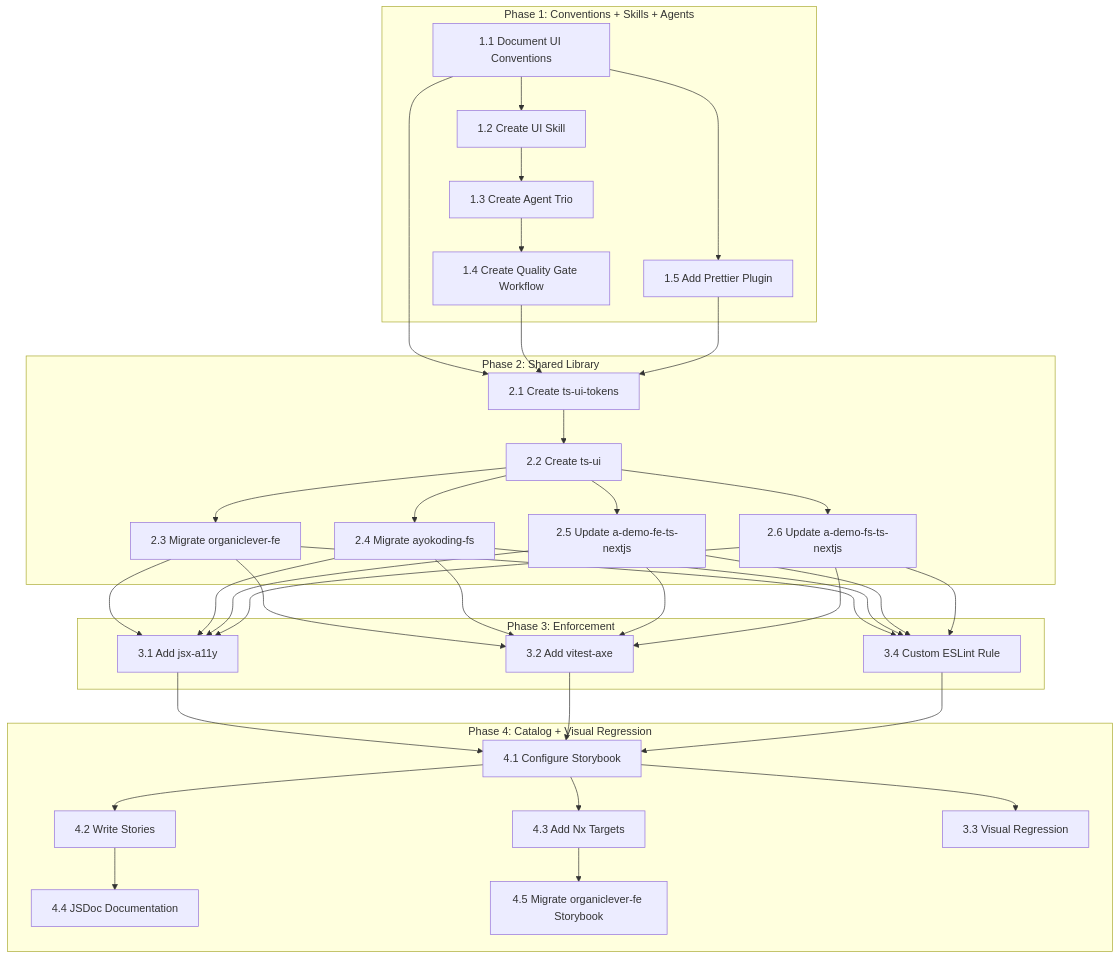
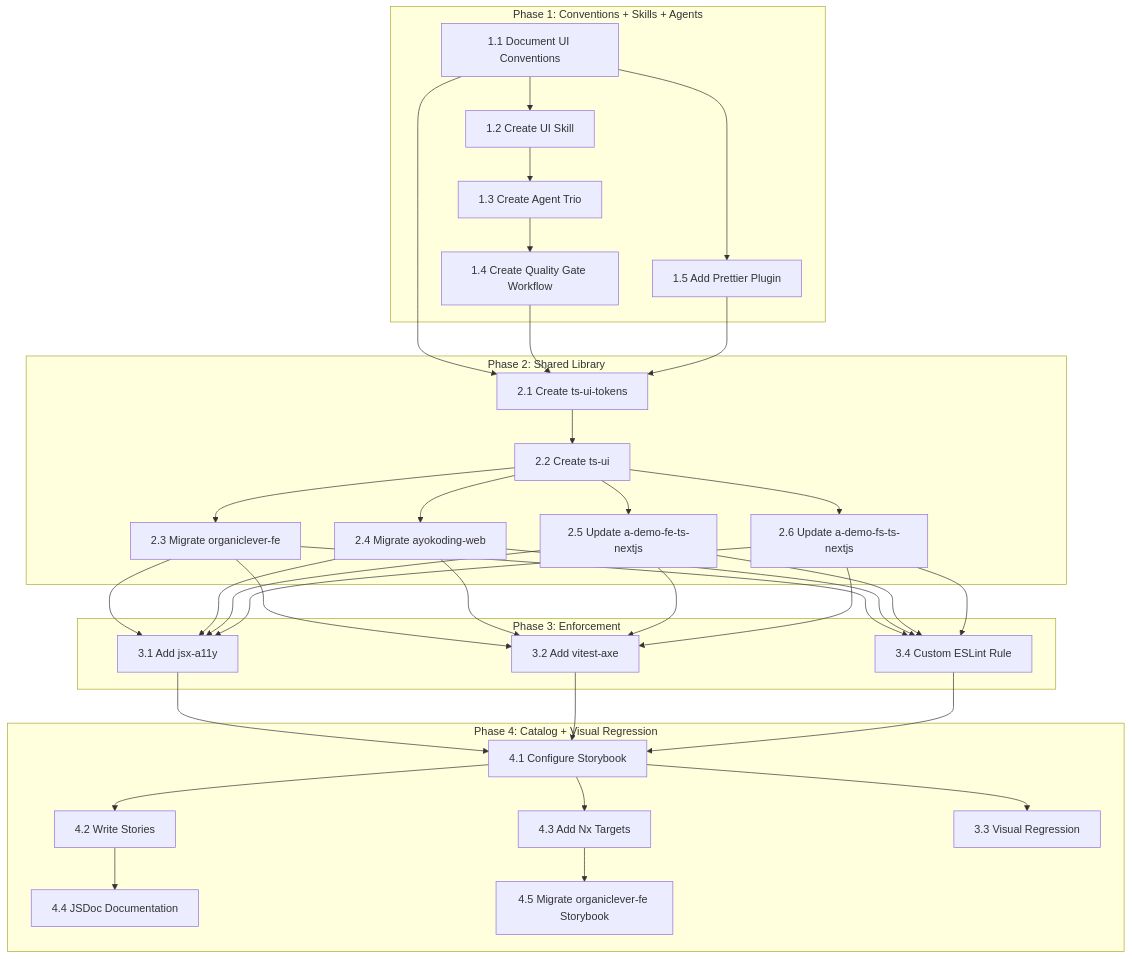
One commit to wahidyankf/open-sharia-enterprise changed the diagram in plans/done/2026-03-27__ui-development-improvement/delivery.md. Above: the diagram before and after it, drawn with Mermaid. The commit also changed other lines of this file and 1791 other files, not shown here.

First line of the commit message:
refactor(apps): rename ayokoding-fs to ayokoding-web and oseplatform-fs to oseplatform-web

````diff
--- a/plans/done/2026-03-27__ui-development-improvement/delivery.md
+++ b/plans/done/2026-03-27__ui-development-improvement/delivery.md
@@ -382,54 +382,54 @@
 ```mermaid
 flowchart TD
   subgraph Phase1[Phase 1: Conventions + Skills + Agents]
     A[1.1 Document UI Conventions]
     B[1.2 Create UI Skill]
     C[1.3 Create Agent Trio]
     D[1.4 Create Quality Gate Workflow]
     D2[1.5 Add Prettier Plugin]
     A --> B
     A --> D2
     B --> C
     C --> D
   end
 
   subgraph Phase2[Phase 2: Shared Library]
     E[2.1 Create ts-ui-tokens]
     F[2.2 Create ts-ui]
     G[2.3 Migrate organiclever-fe]
-    H[2.4 Migrate ayokoding-fs]
+    H[2.4 Migrate ayokoding-web]
     I[2.5 Update a-demo-fe-ts-nextjs]
     J[2.6 Update a-demo-fs-ts-nextjs]
     E --> F
     F --> G
     F --> H
     F --> I
     F --> J
   end
 
   subgraph Phase3[Phase 3: Enforcement]
     K[3.1 Add jsx-a11y]
     L[3.2 Add vitest-axe]
     N[3.4 Custom ESLint Rule]
   end
 
   subgraph Phase4[Phase 4: Catalog + Visual Regression]
     O[4.1 Configure Storybook]
     P[4.2 Write Stories]
     Q[4.3 Add Nx Targets]
     R[4.4 JSDoc Documentation]
     S[4.5 Migrate organiclever-fe Storybook]
     M[3.3 Visual Regression]
     O --> P
     O --> Q
     O --> M
     P --> R
     Q --> S
   end
 
   A & D & D2 --> E
   G & H & I & J --> K
   G & H & I & J --> L
   G & H & I & J --> N
   K & L & N --> O
 ```
````
